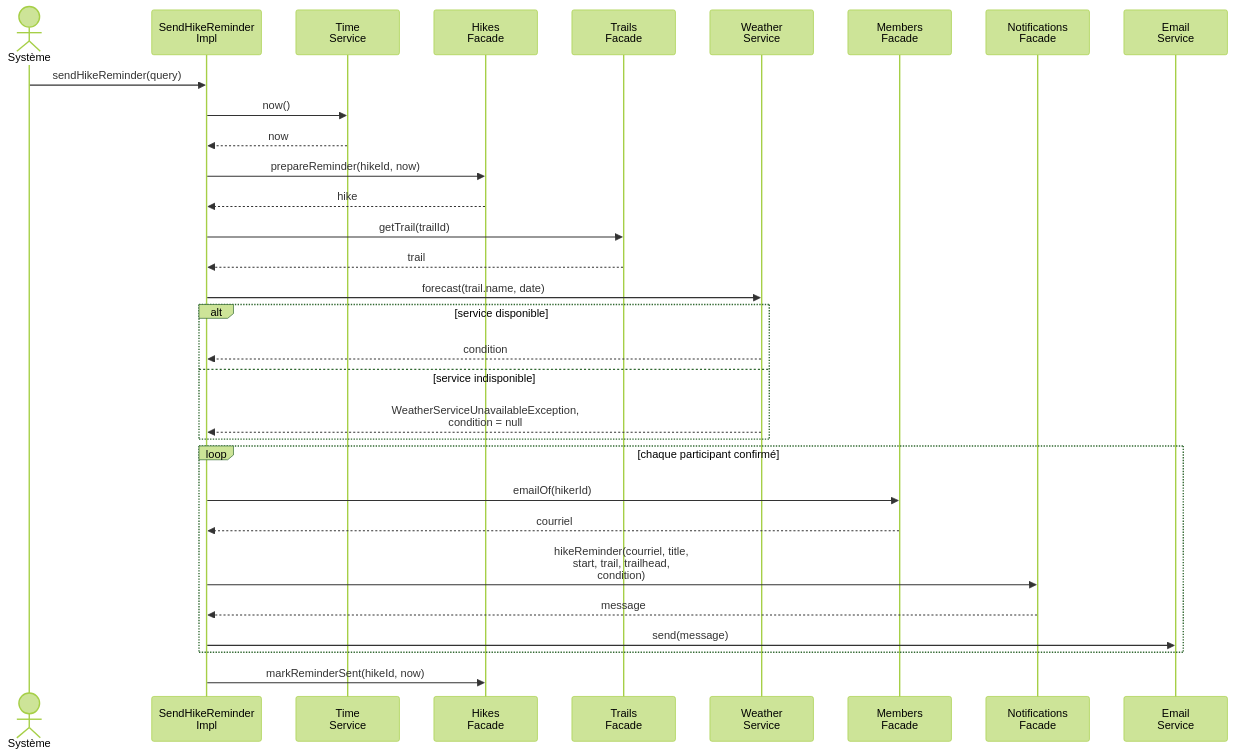
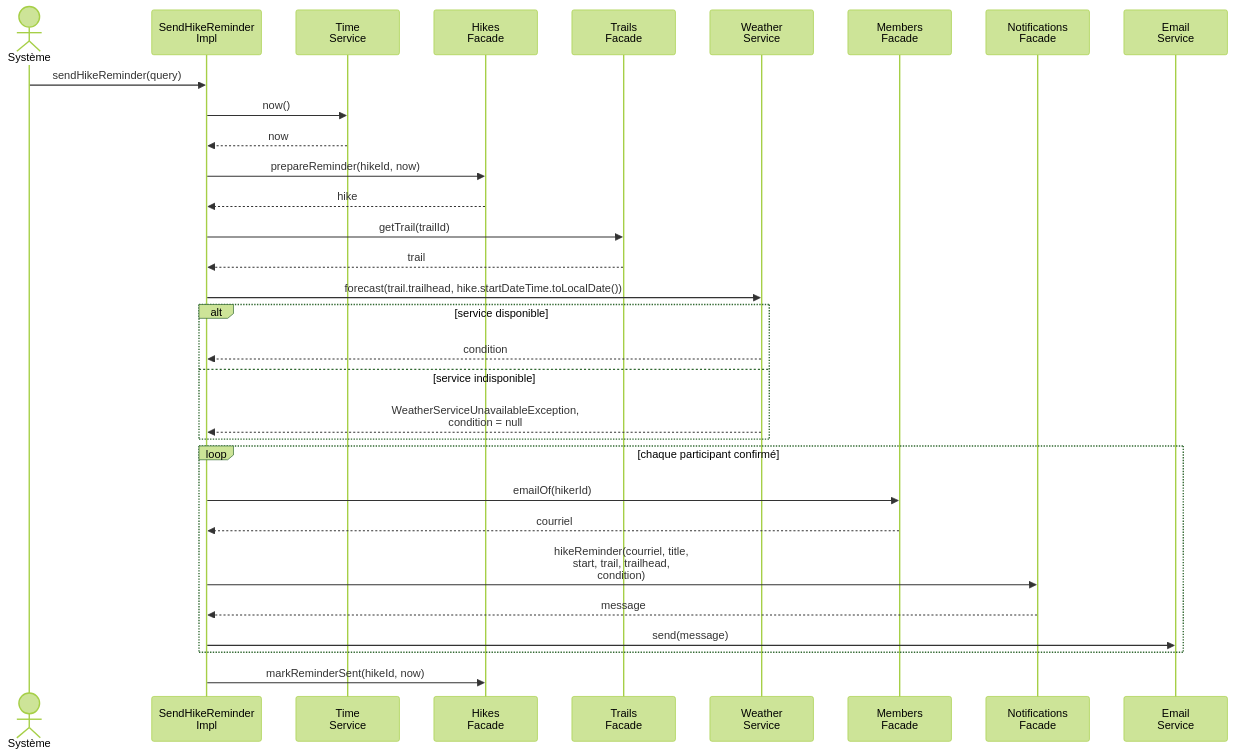
One commit to SEG3502Lab/SEG3502Lab-Projet_CAR-HMS changed diagram 31 of 32 in docs/Livrable2_CAR-HMS.md. Above: the diagram before and after it, drawn with Mermaid (forest theme). The commit also changed other lines of this file and 22 other files, not shown here.

````diff
--- a/docs/Livrable2_CAR-HMS.md
+++ b/docs/Livrable2_CAR-HMS.md
@@ -1065,33 +1019,33 @@
 ```mermaid
 sequenceDiagram
 actor V as Système
 participant UC as SendHikeReminder<br/>Impl
 participant T as Time<br/>Service
 participant HF as Hikes<br/>Facade
 participant TR as Trails<br/>Facade
 participant W as Weather<br/>Service
 participant M as Members<br/>Facade
 participant N as Notifications<br/>Facade
 participant EM as Email<br/>Service
 V->>UC: sendHikeReminder(query)
 UC->>T: now()
 T-->>UC: now
 UC->>HF: prepareReminder(hikeId, now)
 HF-->>UC: hike
 UC->>TR: getTrail(trailId)
 TR-->>UC: trail
-UC->>W: forecast(trail.name, date)
+UC->>W: forecast(trail.trailhead, hike.startDateTime.toLocalDate())
 alt service disponible
   W-->>UC: condition
 else service indisponible
   W-->>UC: WeatherServiceUnavailableException,<br/>condition = null
 end
 loop chaque participant confirmé
   UC->>M: emailOf(hikerId)
   M-->>UC: courriel
   UC->>N: hikeReminder(courriel, title,<br/>start, trail, trailhead,<br/>condition)
   N-->>UC: message
   UC->>EM: send(message)
 end
 UC->>HF: markReminderSent(hikeId, now)
 ```
````
